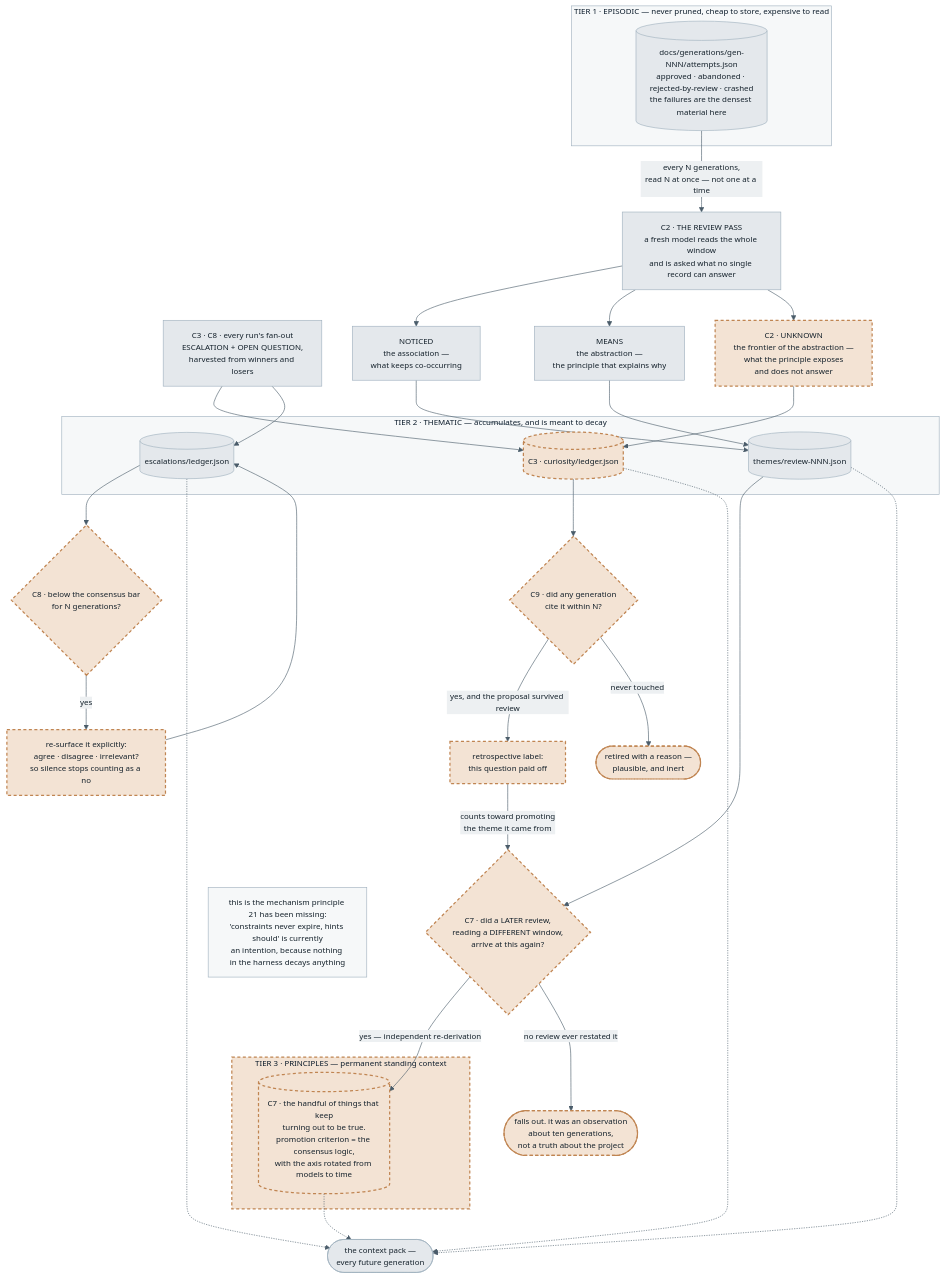
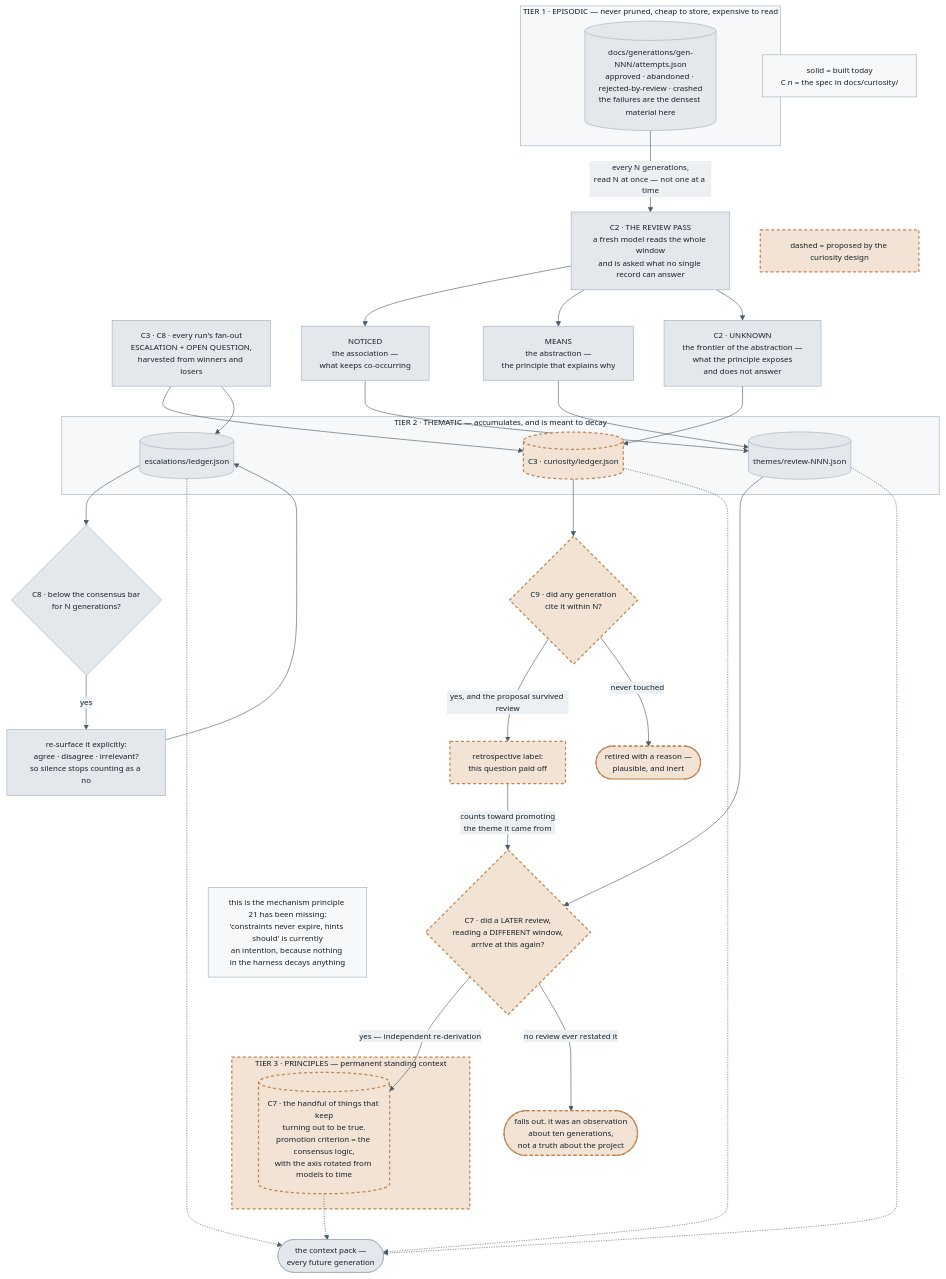
Before and after one commit to Chrisfoz/self-optimisation: the diagram in learning/diagrams/proposed-curiosity-memory.mmd, drawn with Mermaid. The commit also changed 14 other files, not shown here.

```diff
--- a/learning/diagrams/proposed-curiosity-memory.mmd
+++ b/learning/diagrams/proposed-curiosity-memory.mmd
@@ -1,56 +1,63 @@
 %%{init: {"theme":"base","themeVariables":{"fontSize":"13px","primaryColor":"#E4E8EC","primaryTextColor":"#14212B","primaryBorderColor":"#9FB0BE","lineColor":"#4A5C6A","secondaryColor":"#DCE7F0","tertiaryColor":"#F3E3D4","clusterBkg":"#F6F8F9","clusterBorder":"#9FB0BE","edgeLabelBackground":"#EDF0F2","textColor":"#14212B"}}}%%
 flowchart TB
   subgraph t1["TIER 1 · EPISODIC — never pruned, cheap to store, expensive to read"]
     gens[("docs/generations/gen-NNN/attempts.json<br/>approved · abandoned · rejected-by-review · crashed<br/>the failures are the densest material here")]
   end
 
   fan["C3 · C8 · every run's fan-out<br/>ESCALATION + OPEN QUESTION,<br/>harvested from winners and losers"]
 
   gens -->|"every N generations,<br/>read N at once — not one at a time"| trev["C2 · THE REVIEW PASS<br/>a fresh model reads the whole window<br/>and is asked what no single record can answer"]
 
   trev --> noticed["NOTICED<br/>the association —<br/>what keeps co-occurring"]
   trev --> means["MEANS<br/>the abstraction —<br/>the principle that explains why"]
   trev --> unknown["C2 · UNKNOWN<br/>the frontier of the abstraction —<br/>what the principle exposes<br/>and does not answer"]
 
   subgraph t2["TIER 2 · THEMATIC — accumulates, and is meant to decay"]
     themes[("themes/review-NNN.json")]
     esc[("escalations/ledger.json")]
     ques[("C3 · curiosity/ledger.json")]
   end
 
   noticed --> themes
   means --> themes
   unknown --> ques
   fan --> ques
   fan --> esc
 
   themes --> rederived{"C7 · did a LATER review,<br/>reading a DIFFERENT window,<br/>arrive at this again?"}
   rederived -->|"yes — independent re-derivation"| prin
   rederived -->|"no review ever restated it"| drop(["falls out. it was an observation<br/>about ten generations,<br/>not a truth about the project"])
 
   ques --> cited{"C9 · did any generation<br/>cite it within N?"}
   cited -->|"yes, and the proposal survived review"| paid["retrospective label:<br/>this question paid off"]
   cited -->|"never touched"| retire(["retired with a reason —<br/>plausible, and inert"])
   paid -->|"counts toward promoting<br/>the theme it came from"| rederived
 
   esc --> stuck{"C8 · below the consensus bar<br/>for N generations?"}
   stuck -->|"yes"| resurf["re-surface it explicitly:<br/>agree · disagree · irrelevant?<br/>so silence stops counting as a no"]
   resurf --> esc
 
   subgraph t3["TIER 3 · PRINCIPLES — permanent standing context"]
     prin[("C7 · the handful of things that keep<br/>turning out to be true.<br/>promotion criterion = the consensus logic,<br/>with the axis rotated from models to time")]
   end
 
   prin -.-> out
   themes -.-> out
   esc -.-> out
   ques -.-> out
   out(["the context pack —<br/>every future generation"])
 
   note["this is the mechanism principle 21 has been missing:<br/>'constraints never expire, hints should' is currently<br/>an intention, because nothing in the harness decays anything"]
   note ~~~ t3
 
+  legendA["solid = built today<br/>C n = the spec in docs/curiosity/"]
+  legendB["dashed = proposed by the curiosity design"]
+  legendA ~~~ legendB
+
   classDef proposed fill:#F3E3D4,stroke:#C08552,stroke-width:2px,stroke-dasharray:5 4;
+  classDef legend fill:#F6F8F9,stroke:#9FB0BE,stroke-width:1px;
   classDef note fill:#F6F8F9,stroke:#9FB0BE,stroke-width:1px;
-  class unknown,ques,cited,paid,retire,rederived,drop,prin,t3,stuck,resurf proposed;
+  class legendB proposed;
+  class legendA legend;
+  class ques,cited,paid,retire,rederived,drop,prin,t3 proposed;
   class note note;
```
